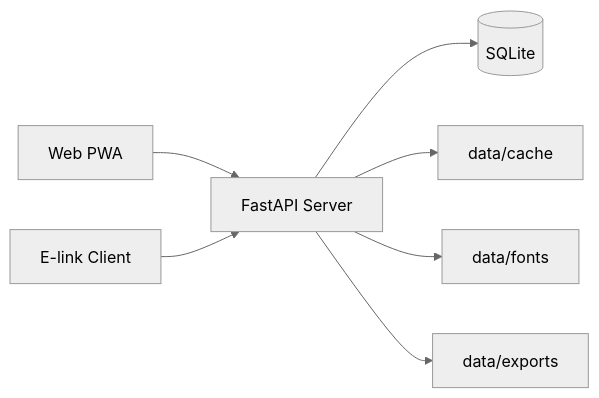
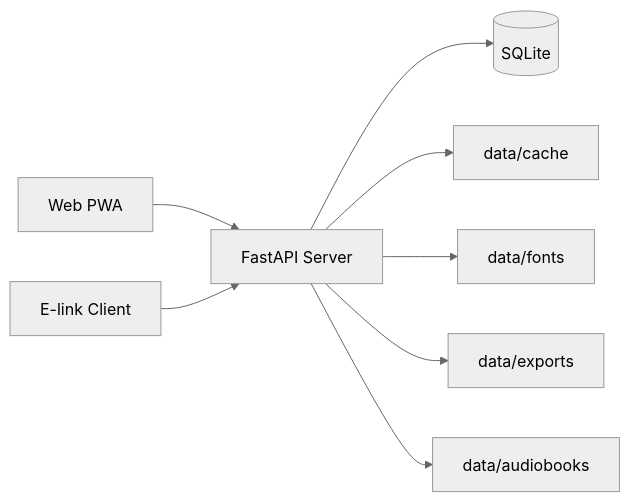
One commit to jibwf/EasyReader changed the diagram in docs/architecture.md. Above: the diagram before and after it, drawn with Mermaid (neutral theme). The commit also changed other lines of this file and 23 other files, not shown here.

````diff
--- a/docs/architecture.md
+++ b/docs/architecture.md
@@ -26,9 +26,10 @@
 ```mermaid
 flowchart LR
     PWA[Web PWA] --> API[FastAPI Server]
     Eink[E-link Client] --> API
     API --> DB[(SQLite)]
     API --> Cache[data/cache]
     API --> Fonts[data/fonts]
     API --> Exports[data/exports]
+    API --> Audiobooks[data/audiobooks]
 ```
````
